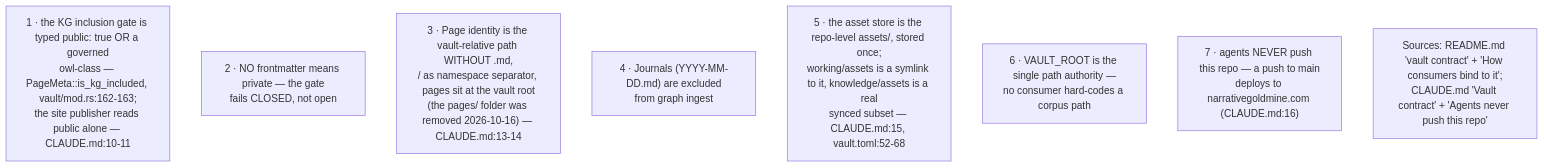
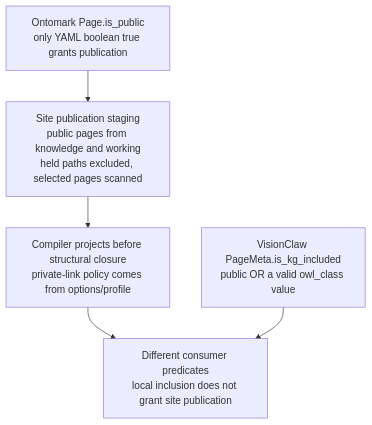
Before and after one commit to DreamLab-AI/VisionFlow: the first of 4 diagrams in docs/diagrams/visiongraph/05-invariants-register.md, drawn with Mermaid. The commit also changed other lines of this file and 22 other files, not shown here.

Commit message:
docs: audit visionGraph publication and consumer generation identity

````diff
--- a/docs/diagrams/visiongraph/05-invariants-register.md
+++ b/docs/diagrams/visiongraph/05-invariants-register.md
@@ -23,11 +31,16 @@
 ```mermaid
 flowchart TB
-    I1["1 · the KG inclusion gate is typed public: true OR a governed<br/>owl-class — PageMeta::is_kg_included, vault/mod.rs:162-163;<br/>the site publisher reads public alone — CLAUDE.md:10-11"]
-    I2["2 · NO frontmatter means private — the gate<br/>fails CLOSED, not open"]
-    I3["3 · Page identity is the vault-relative path WITHOUT .md,<br/>/ as namespace separator, pages sit at the vault root<br/>(the pages/ folder was removed 2026-10-16) — CLAUDE.md:13-14"]
-    I4["4 · Journals #40;YYYY-MM-DD.md#41; are excluded<br/>from graph ingest"]
-    I5["5 · the asset store is the repo-level assets/, stored once;<br/>working/assets is a symlink to it, knowledge/assets is a real<br/>synced subset — CLAUDE.md:15, vault.toml:52-68"]
-    I6["6 · VAULT_ROOT is the single path authority —<br/>no consumer hard-codes a corpus path"]
-    I7["7 · agents NEVER push this repo — a push to main<br/>deploys to narrativegoldmine.com #40;CLAUDE.md:16#41;"]
-    note1["Sources: README.md 'vault contract' + 'How consumers bind to it';<br/>CLAUDE.md 'Vault contract' + 'Agents never push this repo'"]
+    PAGE["Ontomark Page.is_public<br/>only YAML boolean true grants publication"]
+    SITE["Site publication staging<br/>public pages from knowledge and working<br/>held paths excluded, selected pages scanned"]
+    PROJECT["Compiler projects before structural closure<br/>private-link policy comes from options/profile"]
+    LOCAL["VisionClaw PageMeta.is_kg_included<br/>public OR a valid owl_class value"]
+    WHY["Different consumer predicates<br/>local inclusion does not grant site publication"]
+    PAGE --> SITE --> PROJECT --> WHY
+    LOCAL --> WHY
+    %% Source: crates/ontomark-compile/src/input/page.rs:269
+    %% Source: crates/ontomark-compile/src/build/publish.rs:200
+    %% Source: crates/ontomark-compile/src/build/mod.rs:615
+    %% Source: crates/ontomark-compile/src/build/mod.rs:658
+    %% Source: crates/ontomark-compile/src/build/mod.rs:678
+    %% Source: crates/visionclaw-domain/src/vault/mod.rs:162
 ```
````
